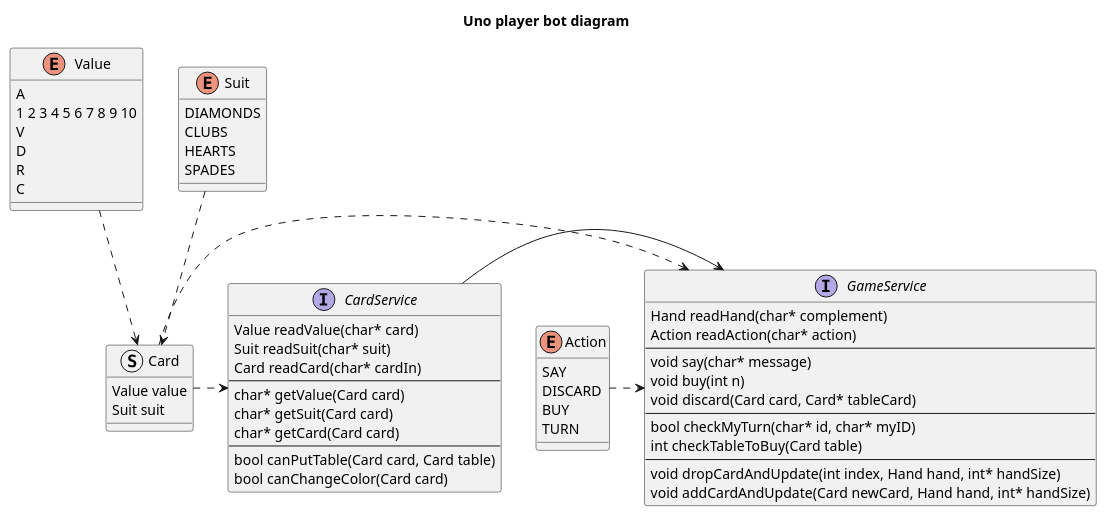
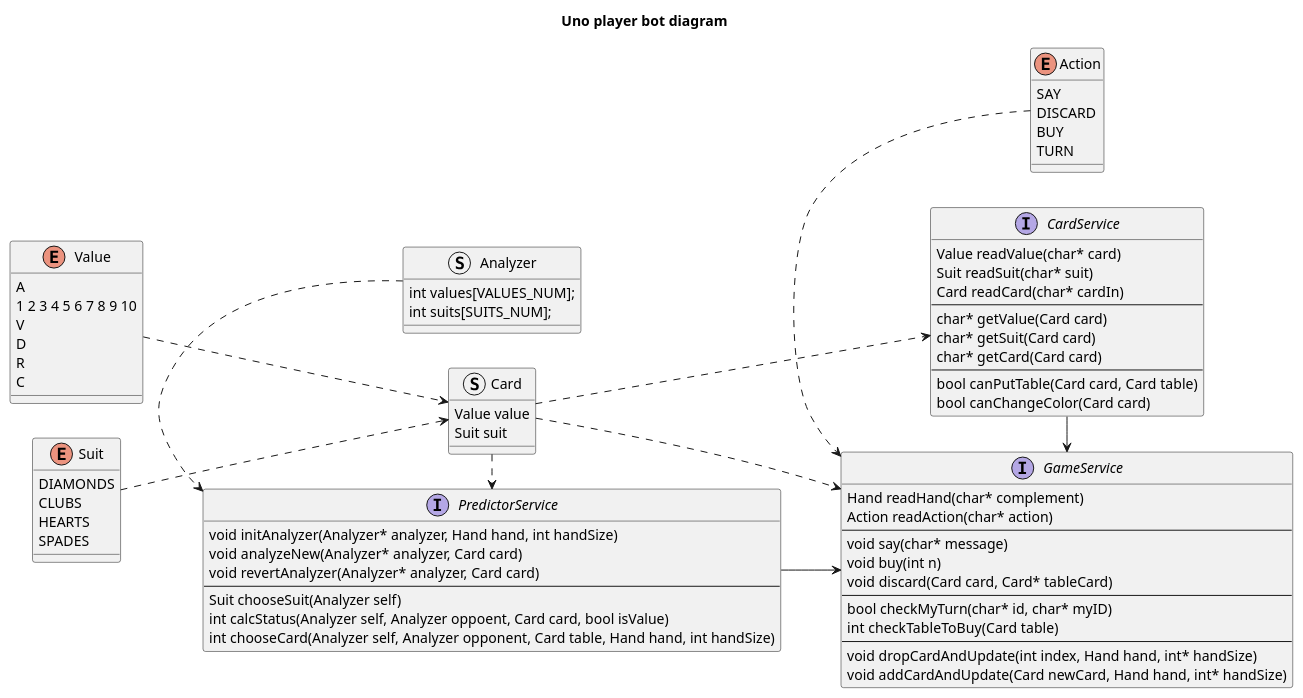
One commit to Pablo1Gustavo/C_UNO changed the diagram in docs/structure.puml. Above: the diagram before and after it, drawn with PlantUML.

Commit message:
dc: update docs.

```diff
--- a/docs/structure.puml
+++ b/docs/structure.puml
@@ -1,69 +1,90 @@
 @startuml structure
 title Uno player bot diagram
+left to right direction
 
 enum Value {
     A
     1 2 3 4 5 6 7 8 9 10
     V
     D
     R
     C
 }
 
 enum Suit {
     DIAMONDS
     CLUBS
     HEARTS
     SPADES
 }
 
 struct Card {
     Value value
     Suit suit
 }
 
 enum Action {
     SAY
     DISCARD
     BUY
     TURN
 }
 
 interface CardService {
     Value readValue(char* card)
     Suit readSuit(char* suit)
     Card readCard(char* cardIn)
     --
     char* getValue(Card card)
     char* getSuit(Card card)
     char* getCard(Card card)
     --
     bool canPutTable(Card card, Card table)
     bool canChangeColor(Card card)
 }
 
 interface GameService {
     Hand readHand(char* complement)
     Action readAction(char* action)
     --
     void say(char* message)
     void buy(int n)
     void discard(Card card, Card* tableCard)
     --
     bool checkMyTurn(char* id, char* myID)
     int checkTableToBuy(Card table)
     --
     void dropCardAndUpdate(int index, Hand hand, int* handSize)
     void addCardAndUpdate(Card newCard, Hand hand, int* handSize)
 }
 
+struct Analyzer {
+    int values[VALUES_NUM];
+    int suits[SUITS_NUM];
+}
+
+interface PredictorService {
+    void initAnalyzer(Analyzer* analyzer, Hand hand, int handSize)
+    void analyzeNew(Analyzer* analyzer, Card card)
+    void revertAnalyzer(Analyzer* analyzer, Card card)
+    --
+    Suit chooseSuit(Analyzer self)
+    int calcStatus(Analyzer self, Analyzer oppoent, Card card, bool isValue)
+    int chooseCard(Analyzer self, Analyzer opponent, Card table, Hand hand, int handSize)
+}
+
 Value ..> Card
 Suit ..> Card
 
 Card .> CardService
 
 Card .> GameService
 CardService -> GameService
 Action .> GameService
 
+Analyzer .> PredictorService
+Card .> PredictorService
+
+PredictorService --> GameService
+
 @enduml
```
